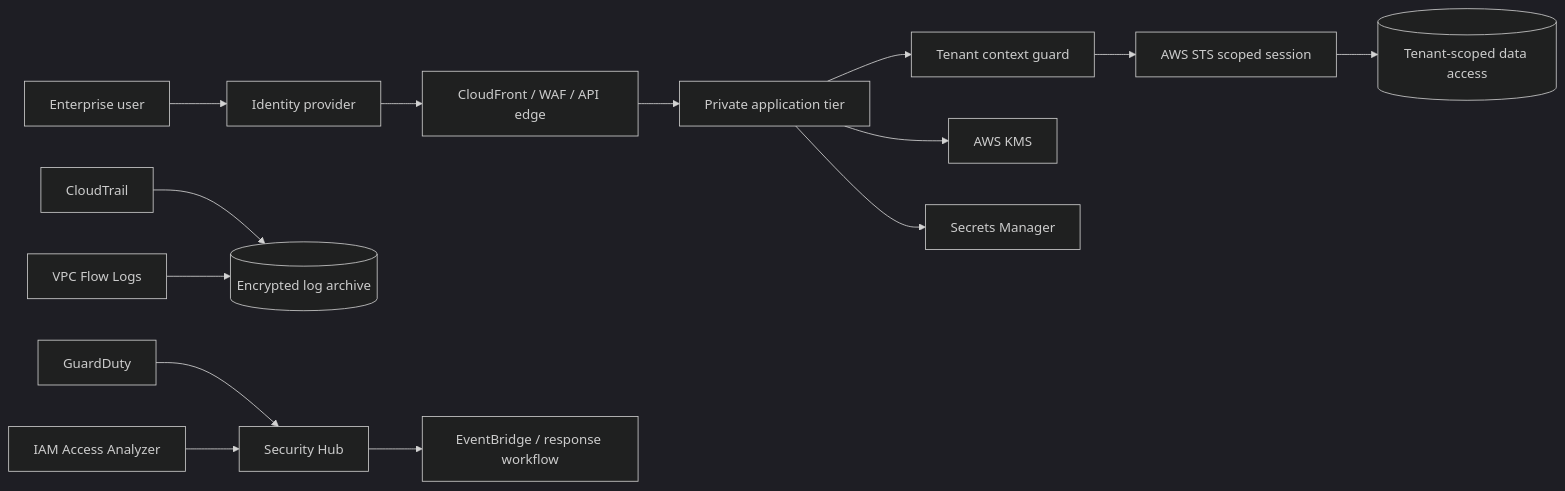
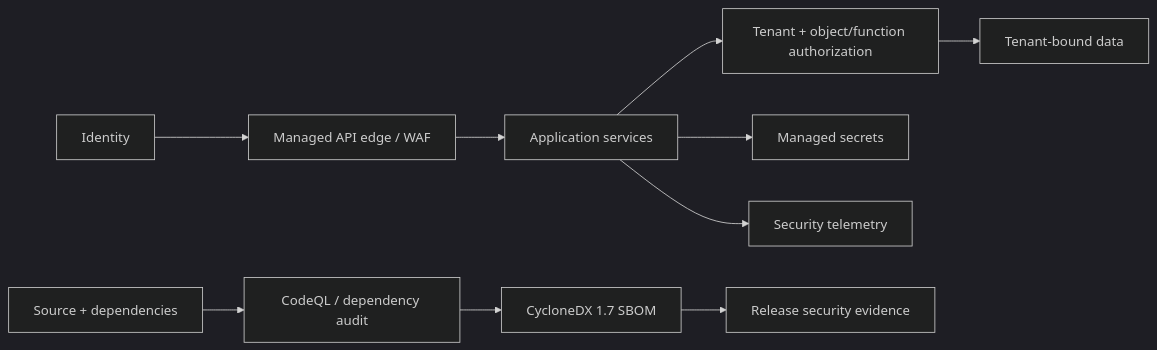
Before and after one commit to bilgekayali/SaaSSecOps: the diagram in README.md, drawn with Mermaid (dark theme). The commit also changed other lines of this file and 18 other files, not shown here.

Commit message:
feat: add v0.5 application and API security gates

````diff
--- a/README.md
+++ b/README.md
@@ -55,16 +18,12 @@
 ```mermaid
 flowchart LR
-    U[Enterprise user] --> IDP[Identity provider]
-    IDP --> EDGE[CloudFront / WAF / API edge]
-    EDGE --> APP[Private application tier]
-    APP --> TC[Tenant context guard]
-    TC --> STS[AWS STS scoped session]
-    STS --> DATA[(Tenant-scoped data access)]
-    APP --> KMS[AWS KMS]
-    APP --> SECRETS[Secrets Manager]
-    CT[CloudTrail] --> LOG[(Encrypted log archive)]
-    VFL[VPC Flow Logs] --> LOG
-    GD[GuardDuty] --> SH[Security Hub]
-    SH --> EVT[EventBridge / response workflow]
-    AA[IAM Access Analyzer] --> SH
+    IDP[Identity] --> EDGE[Managed API edge / WAF]
+    EDGE --> APP[Application services]
+    APP --> AUTHZ[Tenant + object/function authorization]
+    AUTHZ --> DATA[Tenant-bound data]
+    APP --> SECRETS[Managed secrets]
+    APP --> LOG[Security telemetry]
+    CODE[Source + dependencies] --> SAST[CodeQL / dependency audit]
+    SAST --> SBOM[CycloneDX 1.7 SBOM]
+    SBOM --> EVIDENCE[Release security evidence]
 ```
````
